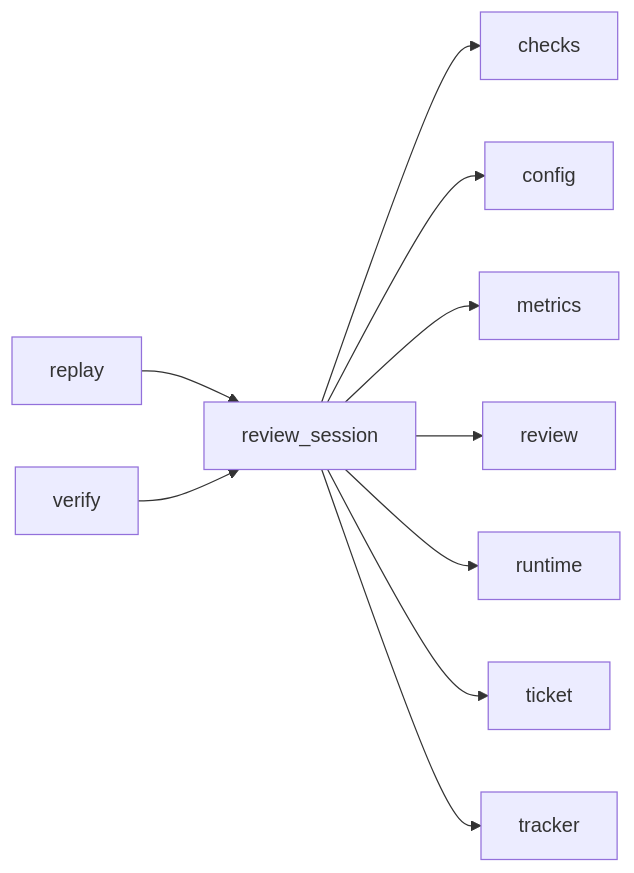
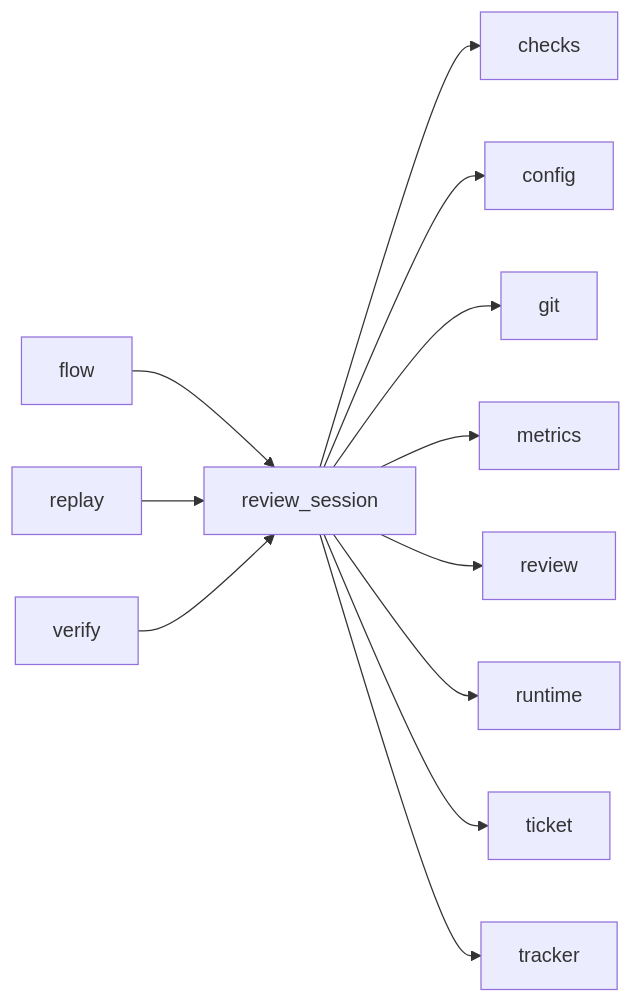
One commit to plaplanche/ariane changed the third of 3 diagrams in docs/architecture/modules/review_session.md. Above: the diagram before and after it, drawn with Mermaid. The commit also changed other lines of this file and 26 other files, not shown here.

````diff
--- a/docs/architecture/modules/review_session.md
+++ b/docs/architecture/modules/review_session.md
@@ -74,12 +77,14 @@
 ```mermaid
 flowchart LR
+  flow --> review_session
   replay --> review_session
   review_session --> checks
   review_session --> config
+  review_session --> git
   review_session --> metrics
   review_session --> review
   review_session --> runtime
   review_session --> ticket
   review_session --> tracker
   verify --> review_session
 ```
````
